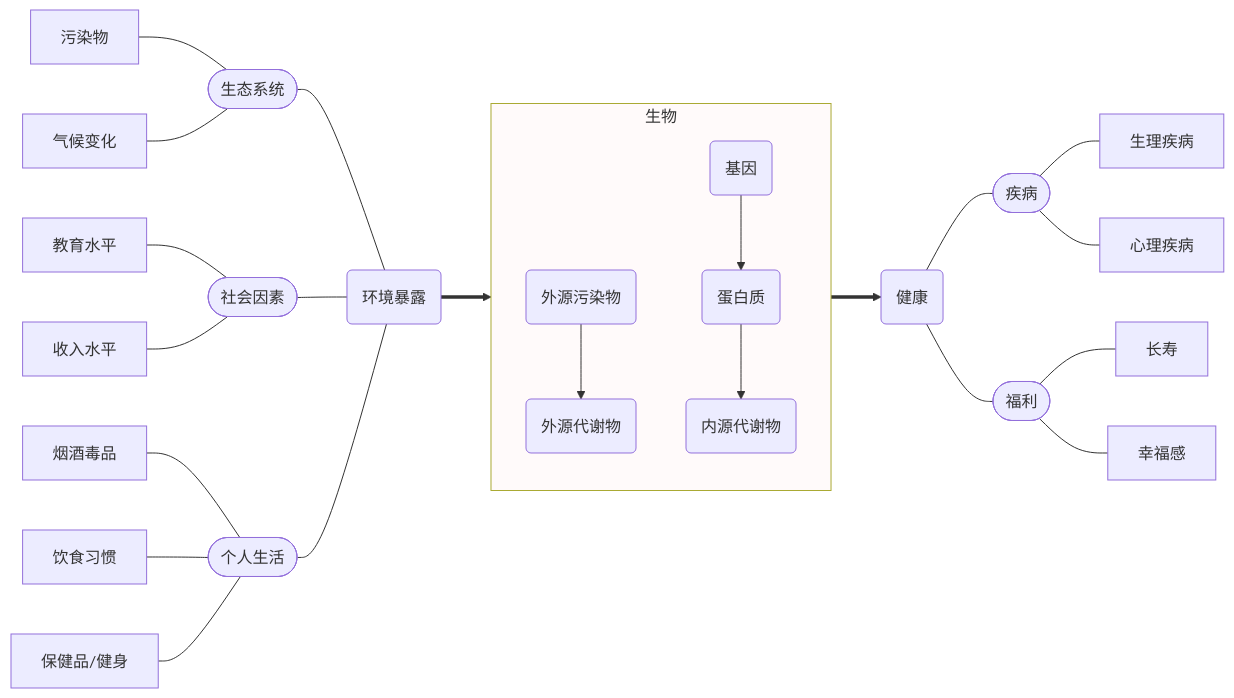
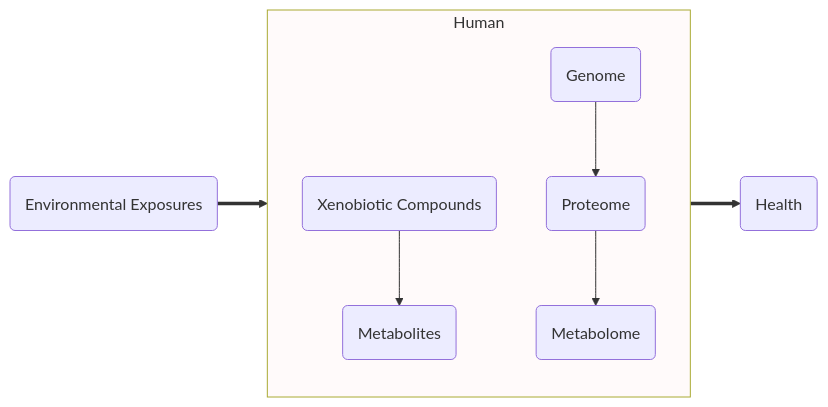
One commit to yufree/presentation changed the diagram in AMN/AMN.qmd. Above: the diagram before and after it, drawn with Mermaid. The commit also changed other lines of this file and 6 other files, not shown here.

````diff
--- a/AMN/AMN.qmd
+++ b/AMN/AMN.qmd
@@ -15,30 +39,13 @@
 ```{mermaid}
 flowchart LR
-            subgraph 生物
-                        X(外源污染物) --> W(外源代谢物)
-                        O(基因) --> P(蛋白质)
-                        P --> Q(内源代谢物)
+            subgraph Human
+                        X(Xenobiotic Compounds) --> W(Metabolites)
+                        O(Genome) --> P(Proteome)
+                        P --> Q(Metabolome)
             end
             
-            A(环境暴露) ==> 生物
-            生物 ==> C(健康)
-            H([生态系统]) --- A
-	    F([社会因素]) --- A
-            G([个人生活]) --- A
-            
-            C --- D([疾病])
-            C --- E([福利])
-	    D --- I[生理疾病]
-	    D --- J[心理疾病]
-	    E --- K[长寿]
-            E --- L[幸福感]
-            M[污染物] --- H
-            N[气候变化] --- H
-            R[教育水平] --- F
-            S[收入水平] --- F
-            T[烟酒毒品] --- G
-            U[饮食习惯] --- G
-            V[保健品/健身] --- G
+            A(Environmental Exposures) ==> Human
+            Human ==> C(Health)
 
-style 生物 fill:#fffafa
+style Human fill:#fffafa
 ```
````
